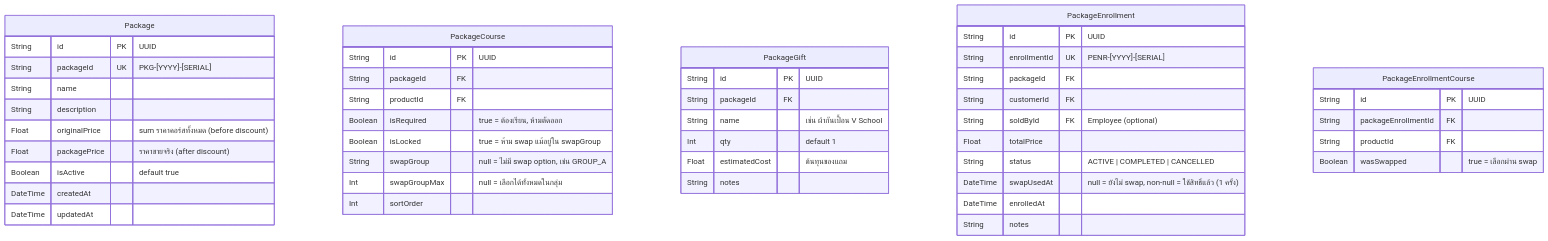
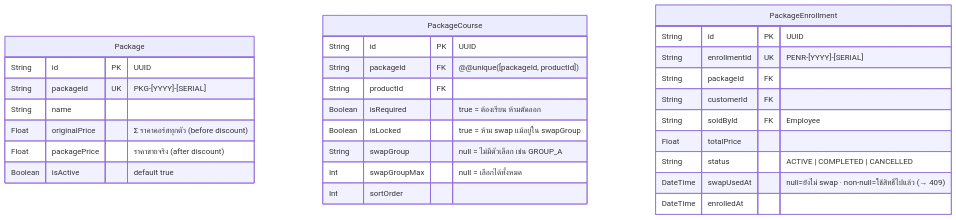
One commit to Freshair129/crmapp changed the seventh of 8 diagrams in docs/database_erd.md. Above: the diagram before and after it, drawn with Mermaid. The commit also changed other lines of this file and 13 other files, not shown here.

````diff
--- a/docs/database_erd.md
+++ b/docs/database_erd.md
@@ -466,54 +362,34 @@
 ```mermaid
 erDiagram
     Package {
-        String  id             PK  "UUID"
-        String  packageId      UK  "PKG-[YYYY]-[SERIAL]"
-        String  name
-        String  description
-        Float   originalPrice      "sum ราคาคอร์สทั้งหมด (before discount)"
-        Float   packagePrice       "ราคาขายจริง (after discount)"
-        Boolean isActive           "default true"
-        DateTime createdAt
-        DateTime updatedAt
+        String   id             PK  "UUID"
+        String   packageId      UK  "PKG-[YYYY]-[SERIAL]"
+        String   name
+        Float    originalPrice      "Σ ราคาคอร์สทุกตัว (before discount)"
+        Float    packagePrice       "ราคาขายจริง (after discount)"
+        Boolean  isActive           "default true"
     }
 
     PackageCourse {
-        String  id           PK  "UUID"
-        String  packageId    FK
-        String  productId    FK
-        Boolean isRequired       "true = ต้องเรียน, ห้ามตัดออก"
-        Boolean isLocked         "true = ห้าม swap แม้อยู่ใน swapGroup"
-        String  swapGroup        "null = ไม่มี swap option, เช่น GROUP_A"
-        Int     swapGroupMax     "null = เลือกได้ทั้งหมดในกลุ่ม"
-        Int     sortOrder
-    }
-
-    PackageGift {
-        String  id             PK  "UUID"
-        String  packageId      FK
-        String  name               "เช่น ผ้ากันเปื้อน V School"
-        Int     qty                "default 1"
-        Float   estimatedCost      "ต้นทุนของแถม"
-        String  notes
+        String   id           PK  "UUID"
+        String   packageId    FK  "@@unique([packageId, productId])"
+        String   productId    FK
+        Boolean  isRequired       "true = ต้องเรียน ห้ามตัดออก"
+        Boolean  isLocked         "true = ห้าม swap แม้อยู่ใน swapGroup"
+        String   swapGroup        "null = ไม่มีตัวเลือก เช่น GROUP_A"
+        Int      swapGroupMax     "null = เลือกได้ทั้งหมด"
+        Int      sortOrder
     }
 
     PackageEnrollment {
         String   id             PK  "UUID"
         String   enrollmentId   UK  "PENR-[YYYY]-[SERIAL]"
         String   packageId      FK
         String   customerId     FK
-        String   soldById       FK  "Employee (optional)"
+        String   soldById       FK  "Employee"
         Float    totalPrice
         String   status             "ACTIVE | COMPLETED | CANCELLED"
-        DateTime swapUsedAt         "null = ยังไม่ swap, non-null = ใช้สิทธิ์แล้ว (1 ครั้ง)"
+        DateTime swapUsedAt         "null=ยังไม่ swap · non-null=ใช้สิทธิ์ไปแล้ว (→ 409)"
         DateTime enrolledAt
-        String   notes
-    }
-
-    PackageEnrollmentCourse {
-        String  id                  PK  "UUID"
-        String  packageEnrollmentId FK
-        String  productId           FK
-        Boolean wasSwapped              "true = เลือกผ่าน swap"
     }
 ```
````
